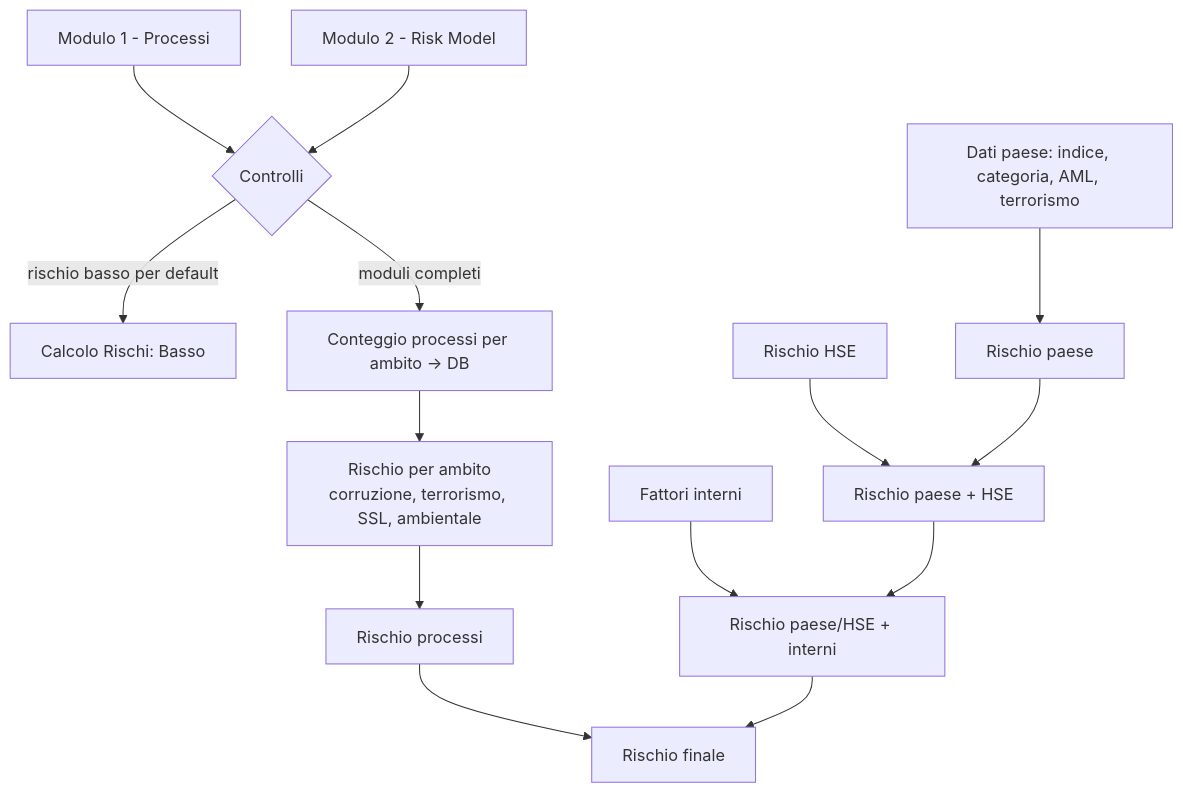
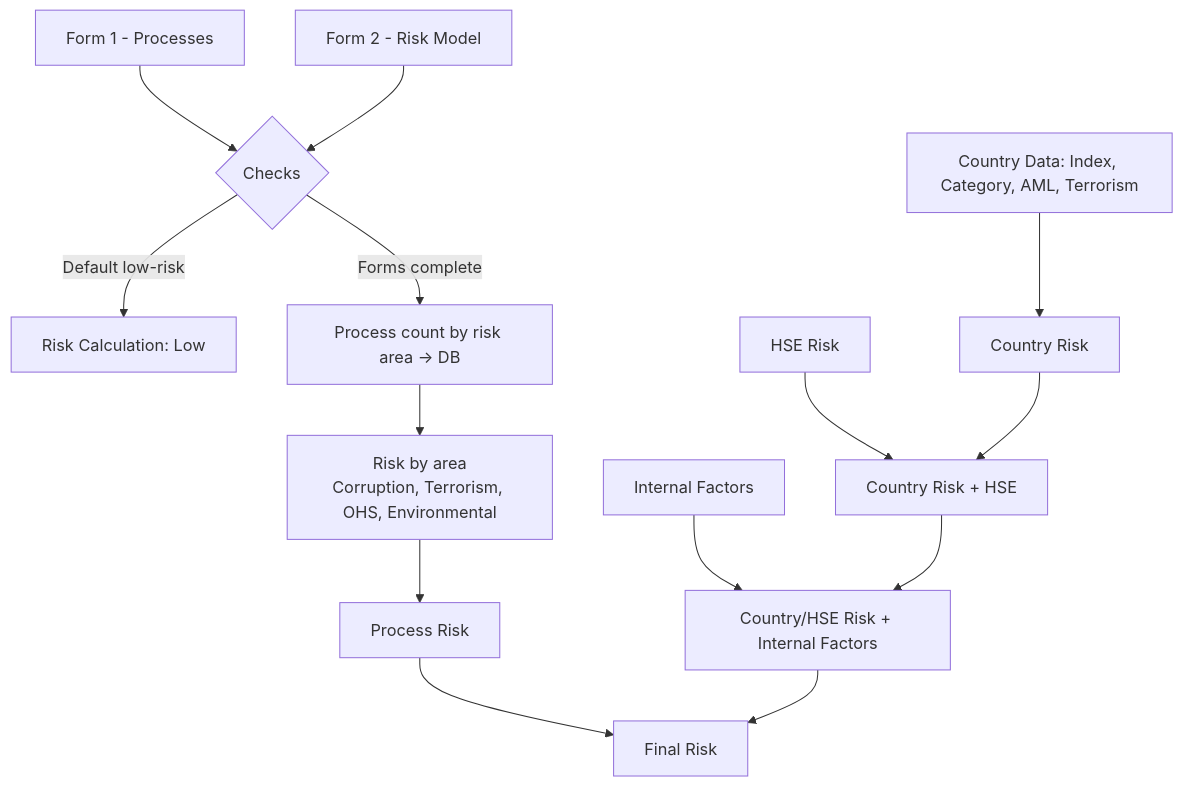
Before and after one commit to caporz/Healthcare-Process-Automation: the diagram in Clusterizzazione-rischio/README.md, drawn with Mermaid. The commit also changed other lines of this file, not shown here.

````diff
--- a/Clusterizzazione-rischio/README.md
+++ b/Clusterizzazione-rischio/README.md
@@ -20,16 +20,16 @@
 ```mermaid
 flowchart TD
-    A[Modulo 1 - Processi] --> C{Controlli}
-    B[Modulo 2 - Risk Model] --> C
-    C -->|rischio basso per default| P[Calcolo Rischi: Basso]
-    C -->|moduli completi| D[Conteggio processi per ambito -> DB]
-    D --> E[Rischio per ambito<br/>corruzione, terrorismo, SSL, ambientale]
-    E --> F[Rischio processi]
-    G[Dati paese: indice, categoria, AML, terrorismo] --> H[Rischio paese]
-    I[Rischio HSE] --> J[Rischio paese + HSE]
+    A[Form 1 - Processes] --> C{Checks}
+    B[Form 2 - Risk Model] --> C
+    C -->|Default low-risk| P[Risk Calculation: Low]
+    C -->|Forms complete| D[Process count by risk area -> DB]
+    D --> E[Risk by area<br/>Corruption, Terrorism, OHS, Environmental]
+    E --> F[Process Risk]
+    G[Country Data: Index, Category, AML, Terrorism] --> H[Country Risk]
+    I[HSE Risk] --> J[Country Risk + HSE]
     H --> J
-    K[Fattori interni] --> L[Rischio paese/HSE + interni]
+    K[Internal Factors] --> L[Country/HSE Risk + Internal Factors]
     J --> L
-    F --> M[Rischio finale]
+    F --> M[Final Risk]
     L --> M
 ```
````
